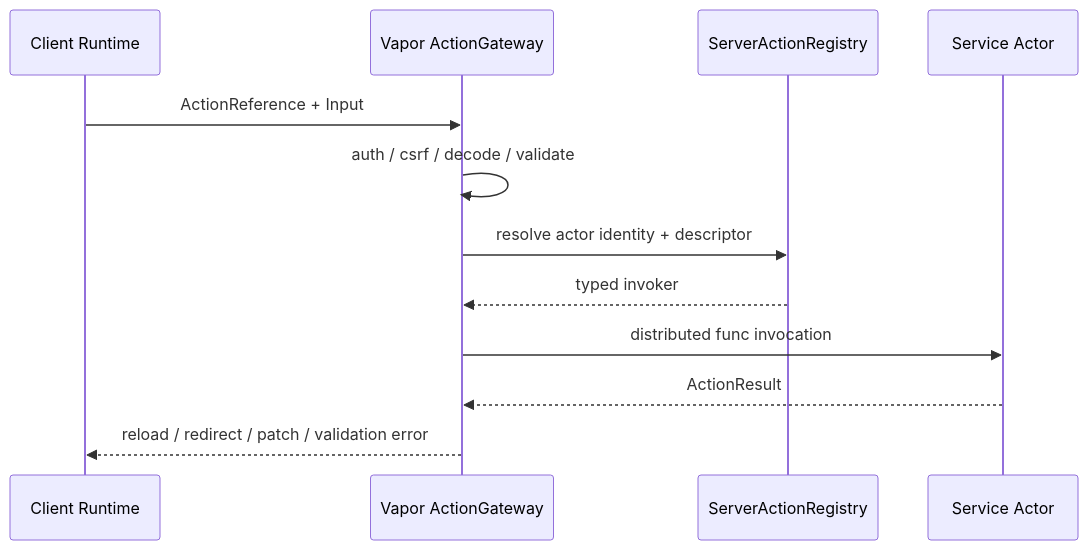
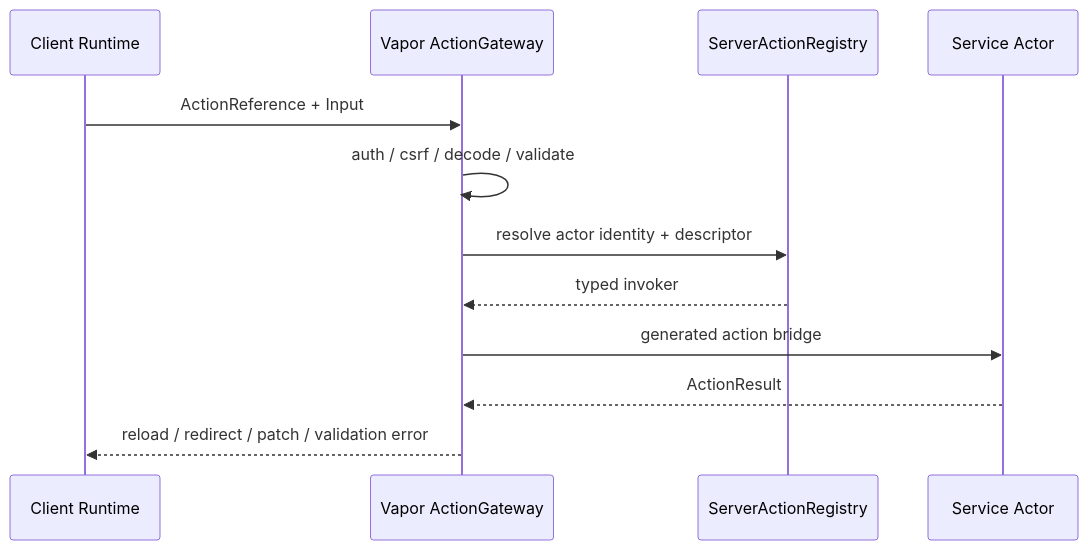
One commit to 1amageek/swift-web changed the ninth of 9 diagrams in Sources/SwiftWeb/README.md. Above: the diagram before and after it, drawn with Mermaid. The commit also changed other lines of this file and 24 other files, not shown here.

````diff
--- a/Sources/SwiftWeb/README.md
+++ b/Sources/SwiftWeb/README.md
@@ -352,15 +353,15 @@
 ```mermaid
 sequenceDiagram
   participant C as Client Runtime
   participant G as Vapor ActionGateway
   participant R as ServerActionRegistry
   participant A as Service Actor
 
   C->>G: ActionReference + Input
   G->>G: auth / csrf / decode / validate
   G->>R: resolve actor identity + descriptor
   R-->>G: typed invoker
-  G->>A: distributed func invocation
+  G->>A: generated action bridge
   A-->>G: ActionResult
   G-->>C: reload / redirect / patch / validation error
 ```
````
